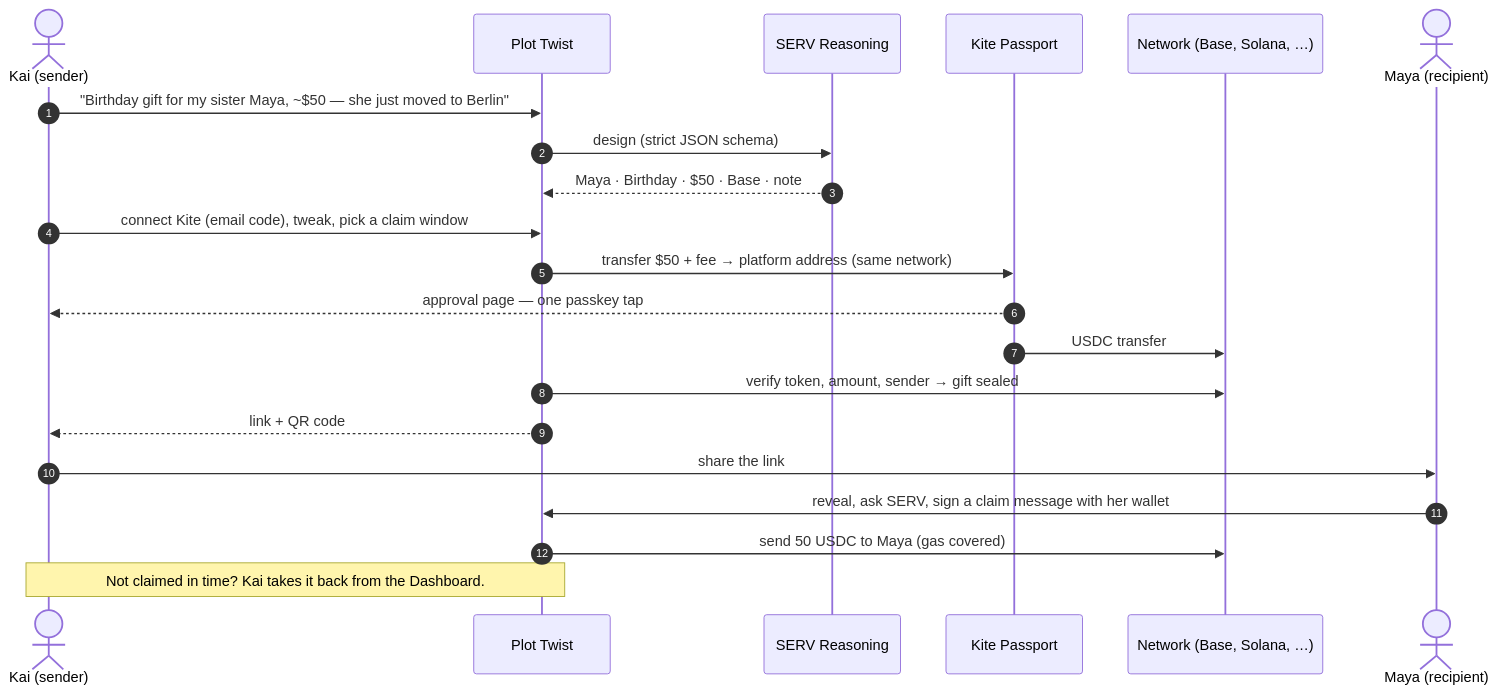
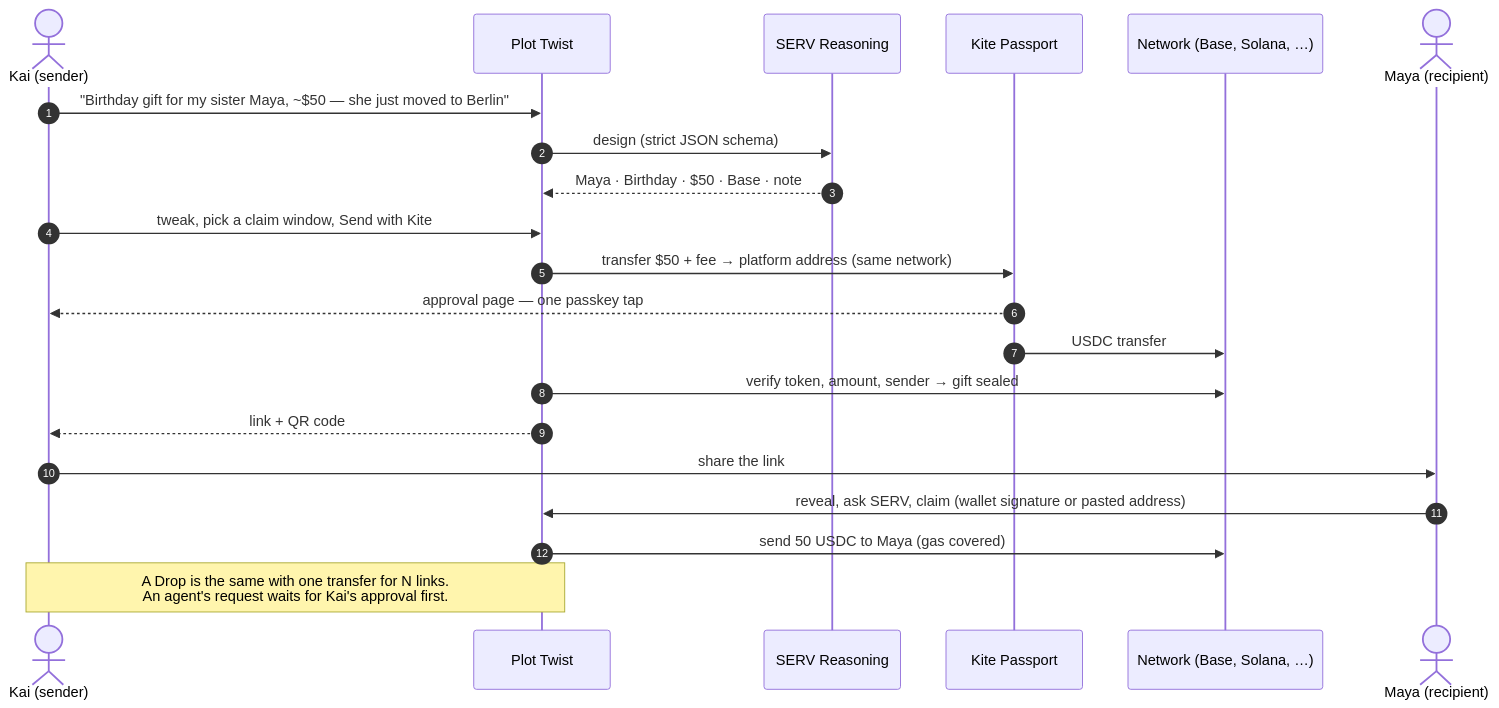
Before and after one commit to yu7dan/plot-twist: the diagram in README.md, drawn with Mermaid. The commit also changed other lines of this file and 26 other files, not shown here.

First line of the commit message:
README and architecture for Gift, Drop and the Agent API

````diff
--- a/README.md
+++ b/README.md
@@ -84,24 +111,24 @@
 ```mermaid
 sequenceDiagram
     autonumber
     actor Kai as Kai (sender)
     participant App as Plot Twist
     participant SERV as SERV Reasoning
     participant Kite as Kite Passport
     participant Chain as Network (Base, Solana, …)
     actor Maya as Maya (recipient)
 
     Kai->>App: "Birthday gift for my sister Maya, ~$50 — she just moved to Berlin"
     App->>SERV: design (strict JSON schema)
     SERV-->>App: Maya · Birthday · $50 · Base · note
-    Kai->>App: connect Kite (email code), tweak, pick a claim window
+    Kai->>App: tweak, pick a claim window, Send with Kite
     App->>Kite: transfer $50 + fee → platform address (same network)
     Kite-->>Kai: approval page — one passkey tap
     Kite->>Chain: USDC transfer
     App->>Chain: verify token, amount, sender → gift sealed
     App-->>Kai: link + QR code
     Kai->>Maya: share the link
-    Maya->>App: reveal, ask SERV, sign a claim message with her wallet
+    Maya->>App: reveal, ask SERV, claim (wallet signature or pasted address)
     App->>Chain: send 50 USDC to Maya (gas covered)
-    Note over Kai,App: Not claimed in time? Kai takes it back from the Dashboard.
+    Note over Kai,App: A Drop is the same with one transfer for N links.<br/>An agent's request waits for Kai's approval first.
 ```
````
